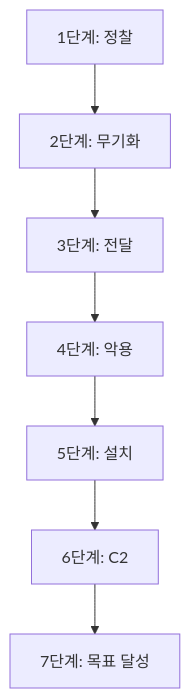
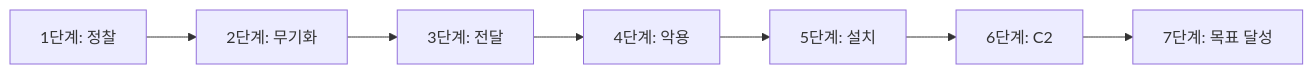
The diagram in _posts/system-hacking/2025-08-29-KillChain_study.md (HamaPr/HamaPr.github.io), drawn with Mermaid before and after one commit. The commit also changed other lines of this file and 27 other files, not shown here.

````diff
--- a/_posts/system-hacking/2025-08-29-KillChain_study.md
+++ b/_posts/system-hacking/2025-08-29-KillChain_study.md
@@ -28,9 +28,9 @@
 ```mermaid
-flowchart TD
+flowchart LR
     A["1단계: 정찰"] --> B["2단계: 무기화"]
     B --> C["3단계: 전달"]
     C --> D["4단계: 악용"]
     D --> E["5단계: 설치"]
     E --> F["6단계: C2"]
     F --> G["7단계: 목표 달성"]
 ```
````
